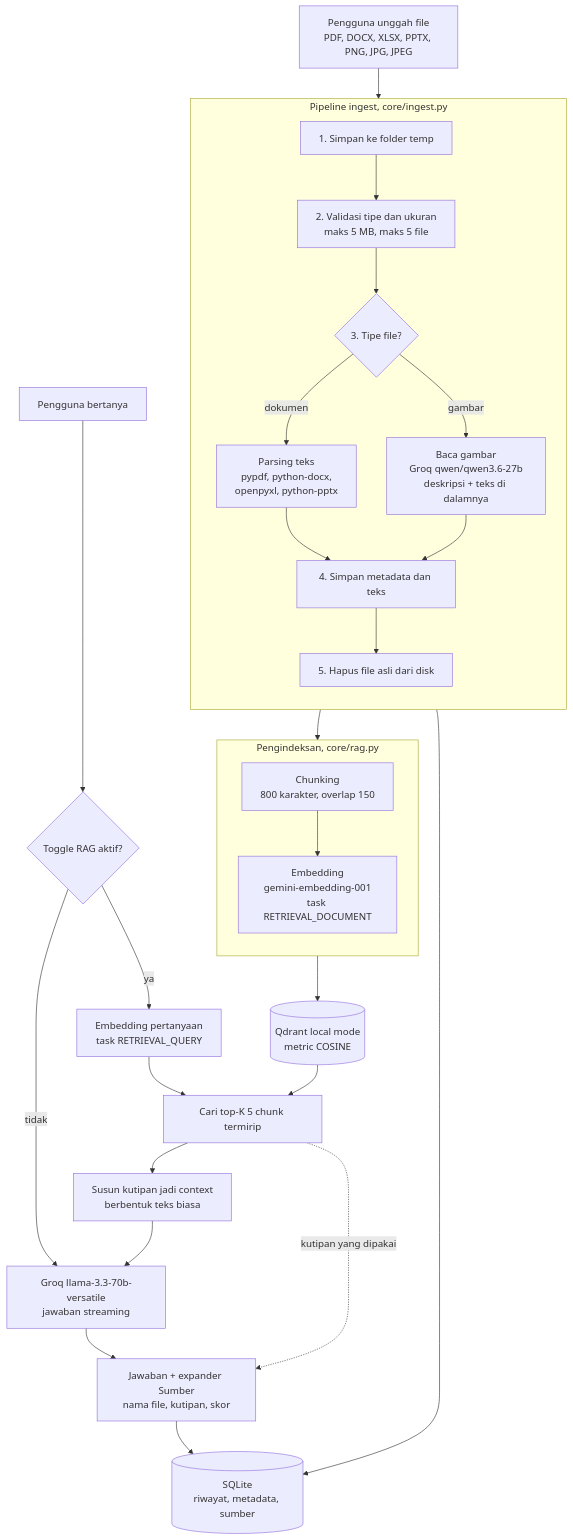
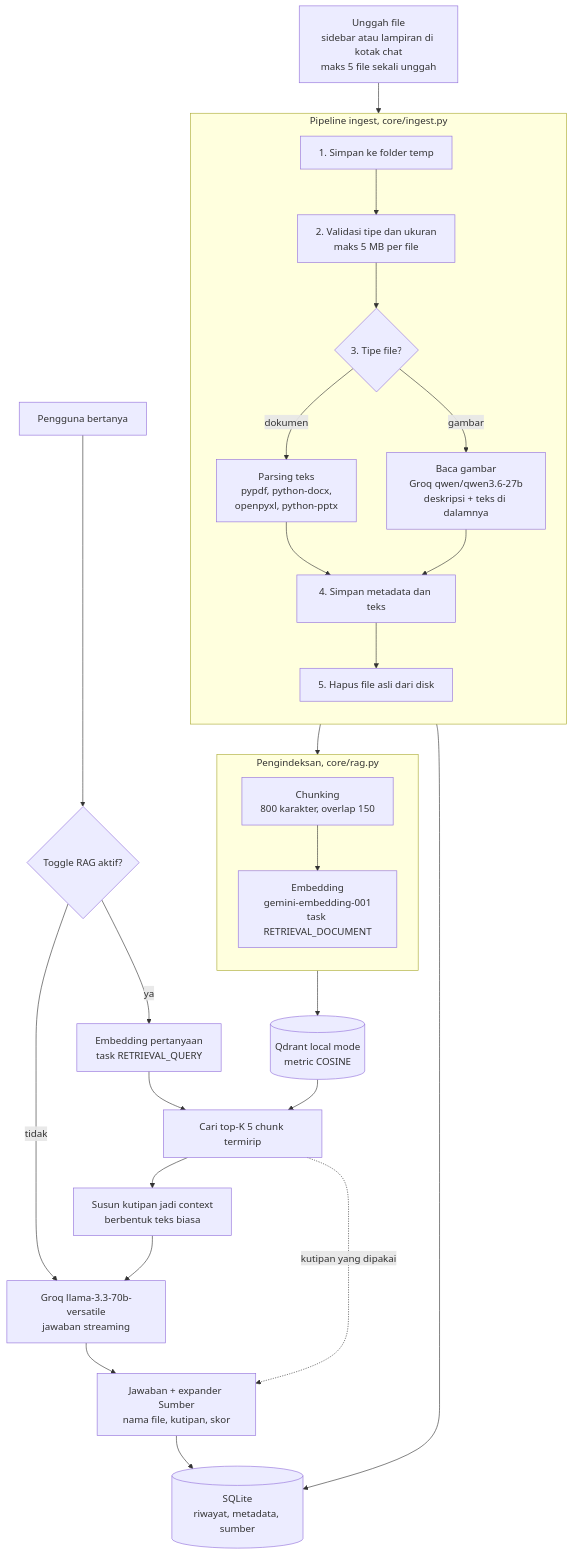
The diagram in README.md (anonmanis/anonmanis-Bot), drawn with Mermaid before and after one commit. The commit also changed other lines of this file and 2 other files, not shown here.

First line of the commit message:
feat: lampiran file di kotak chat, dan batas unggah jadi per batch

````diff
--- a/README.md
+++ b/README.md
@@ -97,39 +100,39 @@
 ```mermaid
 flowchart TD
-    UP["Pengguna unggah file<br/>PDF, DOCX, XLSX, PPTX, PNG, JPG, JPEG"]
+    UP["Unggah file<br/>sidebar atau lampiran di kotak chat<br/>maks 5 file sekali unggah"]
 
     subgraph ING["Pipeline ingest, core/ingest.py"]
         direction TB
-        T1["1. Simpan ke folder temp"] --> T2["2. Validasi tipe dan ukuran<br/>maks 5 MB, maks 5 file"]
+        T1["1. Simpan ke folder temp"] --> T2["2. Validasi tipe dan ukuran<br/>maks 5 MB per file"]
         T2 --> T3{"3. Tipe file?"}
         T3 -->|"dokumen"| DOC["Parsing teks<br/>pypdf, python-docx,<br/>openpyxl, python-pptx"]
         T3 -->|"gambar"| VIS["Baca gambar<br/>Groq qwen/qwen3.6-27b<br/>deskripsi + teks di dalamnya"]
         DOC --> T4["4. Simpan metadata dan teks"]
         VIS --> T4
         T4 --> T5["5. Hapus file asli dari disk"]
     end
 
     subgraph IDX["Pengindeksan, core/rag.py"]
         direction TB
         CHK["Chunking<br/>800 karakter, overlap 150"] --> EMB["Embedding<br/>gemini-embedding-001<br/>task RETRIEVAL_DOCUMENT"]
     end
 
     QD[("Qdrant local mode<br/>metric COSINE")]
     SQL[("SQLite<br/>riwayat, metadata, sumber")]
 
     UP --> T1
     T4 --> SQL
     T5 --> CHK
     EMB --> QD
 
     ASK["Pengguna bertanya"] --> TOG{"Toggle RAG aktif?"}
     TOG -->|"tidak"| GROQ
     TOG -->|"ya"| QE["Embedding pertanyaan<br/>task RETRIEVAL_QUERY"]
     QE --> SEARCH["Cari top-K 5 chunk termirip"]
     QD --> SEARCH
     SEARCH --> CTX["Susun kutipan jadi context<br/>berbentuk teks biasa"]
     CTX --> GROQ["Groq llama-3.3-70b-versatile<br/>jawaban streaming"]
     GROQ --> OUT["Jawaban + expander Sumber<br/>nama file, kutipan, skor"]
     SEARCH -.->|"kutipan yang dipakai"| OUT
     OUT --> SQL
 ```
````
